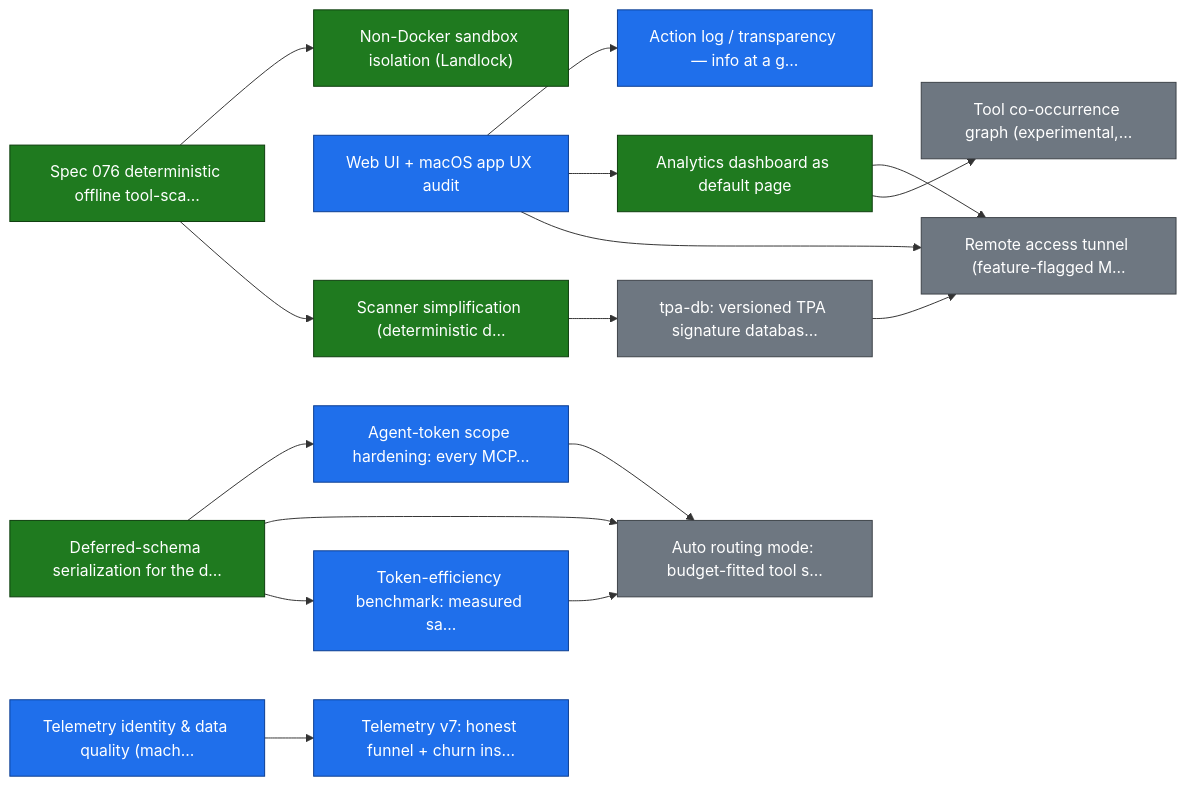
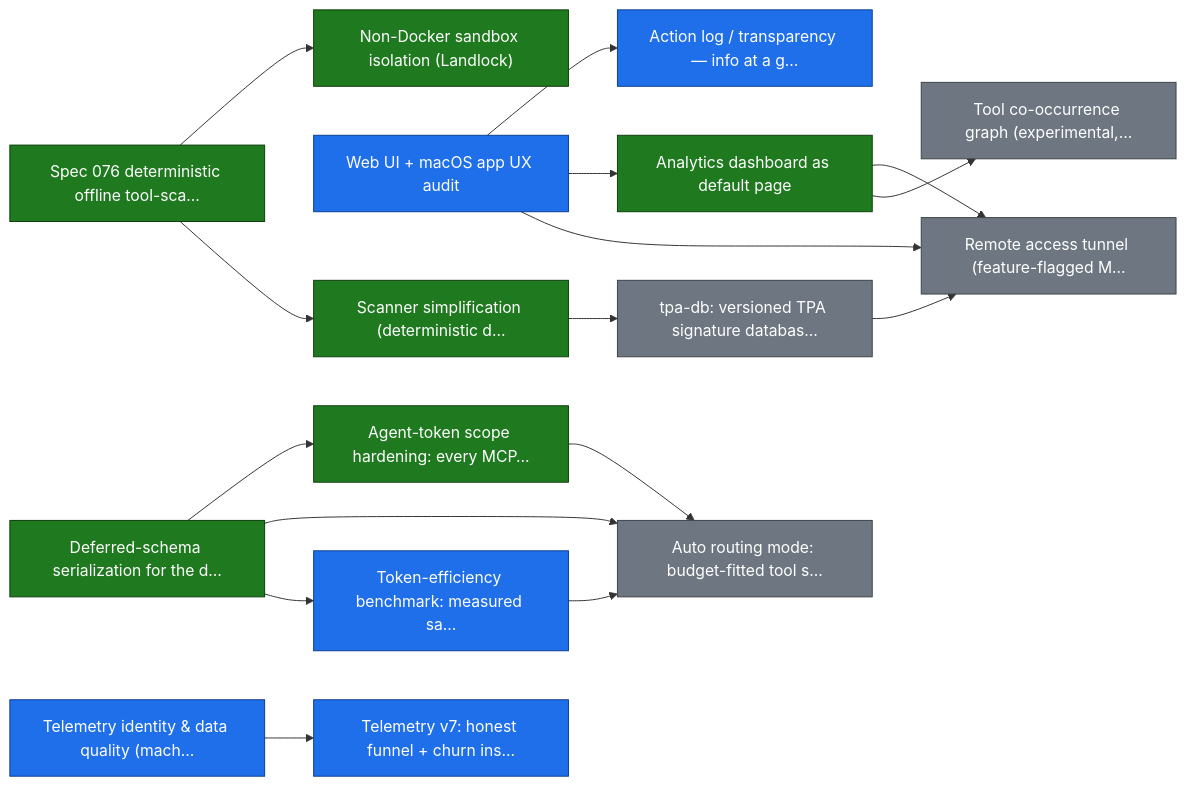
One commit to smart-mcp-proxy/mcpproxy-go changed the first of 24 diagrams in ROADMAP.md. Above: the diagram before and after it, drawn with Mermaid. The commit also changed other lines of this file and 1 other file, not shown here.

First line of the commit message:
docs: flip agent-scope-hardening epic and scope-regression-suite to done

````diff
--- a/ROADMAP.md
+++ b/ROADMAP.md
@@ -36,41 +36,41 @@
 ```mermaid
 graph LR
   sandbox_isolation["Non-Docker sandbox isolation (Landlock)"]
   scanner_v2["Spec 076 deterministic offline tool-sca…"]
   ux_audit["Web UI + macOS app UX audit"]
   action_log_transparency["Action log / transparency — info at a g…"]
   analytics_dashboard["Analytics dashboard as default page"]
   scanner_simplification["Scanner simplification (deterministic d…"]
   tpa_db["tpa-db: versioned TPA signature databas…"]
   remote_access_tunnel["Remote access tunnel (feature-flagged M…"]
   schema_deferred["Deferred-schema serialization for the d…"]
   agent_scope_hardening["Agent-token scope hardening: every MCP…"]
   auto_routing_mode["Auto routing mode: budget-fitted tool s…"]
   token_bench["Token-efficiency benchmark: measured sa…"]
   tool_graph["Tool co-occurrence graph (experimental,…"]
   telemetry_identity["Telemetry identity & data quality (mach…"]
   telemetry_v7_churn["Telemetry v7: honest funnel + churn ins…"]
 
   scanner_v2 --> sandbox_isolation
   ux_audit --> action_log_transparency
   ux_audit --> analytics_dashboard
   scanner_v2 --> scanner_simplification
   scanner_simplification --> tpa_db
   tpa_db --> remote_access_tunnel
   ux_audit --> remote_access_tunnel
   analytics_dashboard --> remote_access_tunnel
   schema_deferred --> agent_scope_hardening
   agent_scope_hardening --> auto_routing_mode
   schema_deferred --> auto_routing_mode
   token_bench --> auto_routing_mode
   schema_deferred --> token_bench
   analytics_dashboard --> tool_graph
   telemetry_identity --> telemetry_v7_churn
 
   classDef done fill:#1f7a1f,stroke:#0d3d0d,color:#ffffff;
   classDef in_progress fill:#1f6feb,stroke:#0b3d91,color:#ffffff;
   classDef todo fill:#6e7781,stroke:#3d4248,color:#ffffff;
-  class sandbox_isolation,scanner_v2,analytics_dashboard,scanner_simplification,schema_deferred done;
-  class ux_audit,action_log_transparency,agent_scope_hardening,token_bench,telemetry_identity,telemetry_v7_churn in_progress;
+  class sandbox_isolation,scanner_v2,analytics_dashboard,scanner_simplification,schema_deferred,agent_scope_hardening done;
+  class ux_audit,action_log_transparency,token_bench,telemetry_identity,telemetry_v7_churn in_progress;
   class tpa_db,remote_access_tunnel,auto_routing_mode,tool_graph todo;
 ```
````
